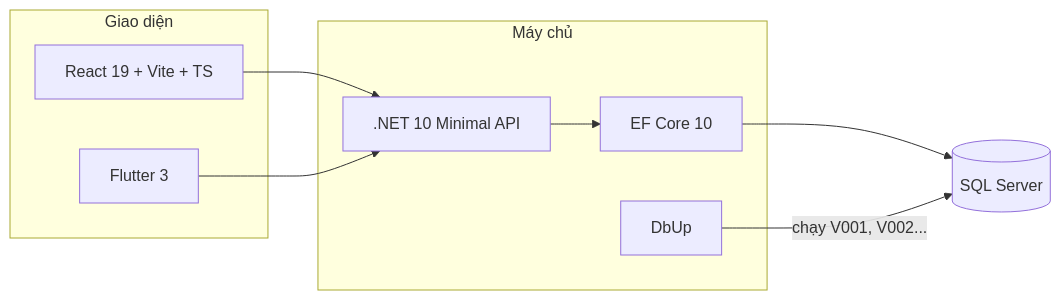
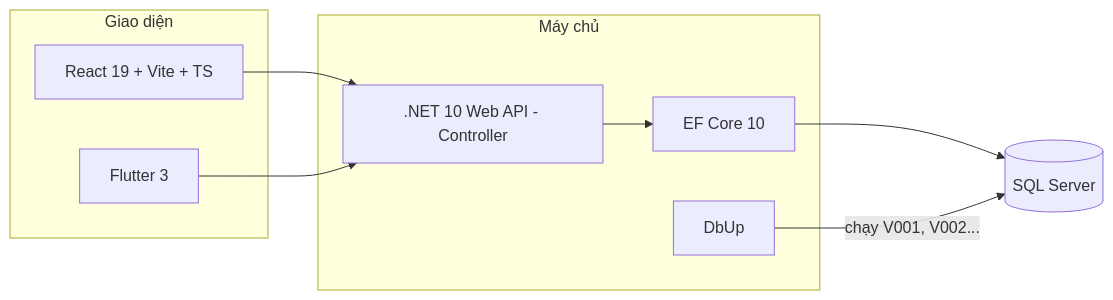
One commit to thienhoibai/crabshare changed the diagram in docs/tech-stack.md. Above: the diagram before and after it, drawn with Mermaid. The commit also changed other lines of this file and 16 other files, not shown here.

First line of the commit message:
refactor(api): switch from Minimal API to controllers

````diff
--- a/docs/tech-stack.md
+++ b/docs/tech-stack.md
@@ -6,15 +6,15 @@
 ```mermaid
 flowchart LR
     subgraph FE[Giao diện]
         R[React 19 + Vite + TS]
         F[Flutter 3]
     end
     subgraph BE[Máy chủ]
-        N[.NET 10 Minimal API]
+        N[.NET 10 Web API - Controller]
         E[EF Core 10]
         U[DbUp]
     end
     DB[(SQL Server)]
     R & F --> N --> E --> DB
     U -->|chạy V001, V002...| DB
 ```
````
